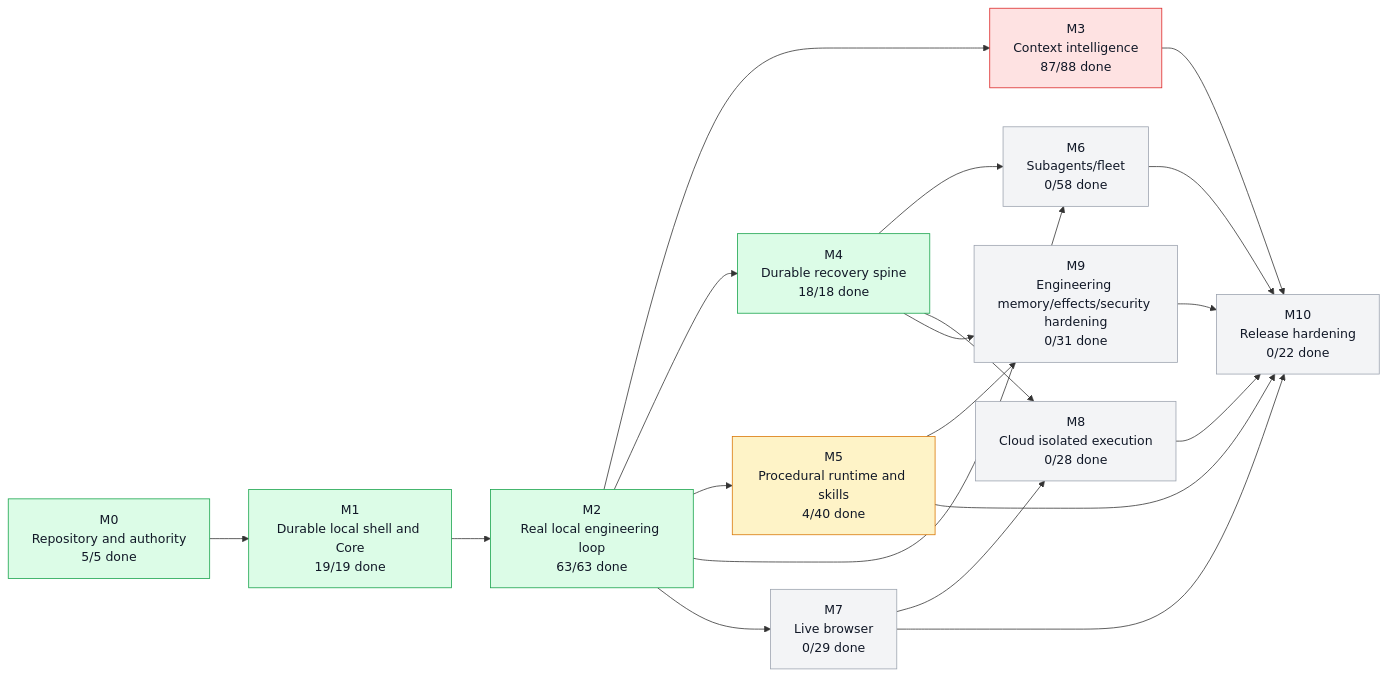
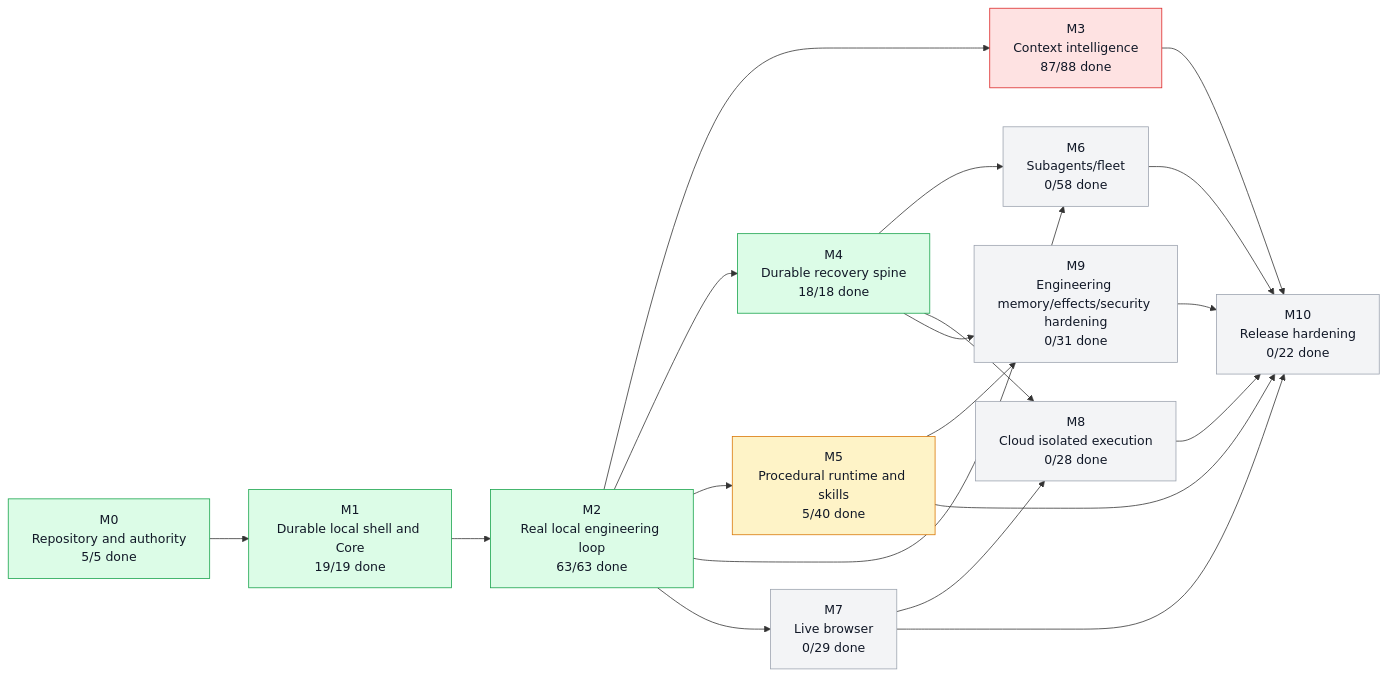
The first of 5 diagrams in graph/PROJECT_GRAPH.md (moss101/modbit), drawn with Mermaid before and after one commit. The commit also changed other lines of this file and 6 other files, not shown here.

````diff
--- a/graph/PROJECT_GRAPH.md
+++ b/graph/PROJECT_GRAPH.md
@@ -57,43 +57,43 @@
 ```mermaid
 flowchart LR
   M0["M0<br/>Repository and authority<br/>5/5 done"]
   M1["M1<br/>Durable local shell and Core<br/>19/19 done"]
   M2["M2<br/>Real local engineering loop<br/>63/63 done"]
   M3["M3<br/>Context intelligence<br/>87/88 done"]
   M4["M4<br/>Durable recovery spine<br/>18/18 done"]
-  M5["M5<br/>Procedural runtime and skills<br/>4/40 done"]
+  M5["M5<br/>Procedural runtime and skills<br/>5/40 done"]
   M6["M6<br/>Subagents/fleet<br/>0/58 done"]
   M7["M7<br/>Live browser<br/>0/29 done"]
   M8["M8<br/>Cloud isolated execution<br/>0/28 done"]
   M9["M9<br/>Engineering memory/effects/security hardening<br/>0/31 done"]
   M10["M10<br/>Release hardening<br/>0/22 done"]
   M0 --> M1
   M1 --> M2
   M2 --> M3
   M2 --> M4
   M2 --> M5
   M2 --> M6
   M4 --> M6
   M2 --> M7
   M4 --> M8
   M7 --> M8
   M4 --> M9
   M5 --> M9
   M3 --> M10
   M5 --> M10
   M6 --> M10
   M7 --> M10
   M8 --> M10
   M9 --> M10
   style M0 fill:#dcfce7,stroke:#16a34a,color:#111827
   style M1 fill:#dcfce7,stroke:#16a34a,color:#111827
   style M2 fill:#dcfce7,stroke:#16a34a,color:#111827
   style M3 fill:#fee2e2,stroke:#dc2626,color:#111827
   style M4 fill:#dcfce7,stroke:#16a34a,color:#111827
   style M5 fill:#fef3c7,stroke:#d97706,color:#111827
   style M6 fill:#f3f4f6,stroke:#9ca3af,color:#111827
   style M7 fill:#f3f4f6,stroke:#9ca3af,color:#111827
   style M8 fill:#f3f4f6,stroke:#9ca3af,color:#111827
   style M9 fill:#f3f4f6,stroke:#9ca3af,color:#111827
   style M10 fill:#f3f4f6,stroke:#9ca3af,color:#111827
 ```
````
